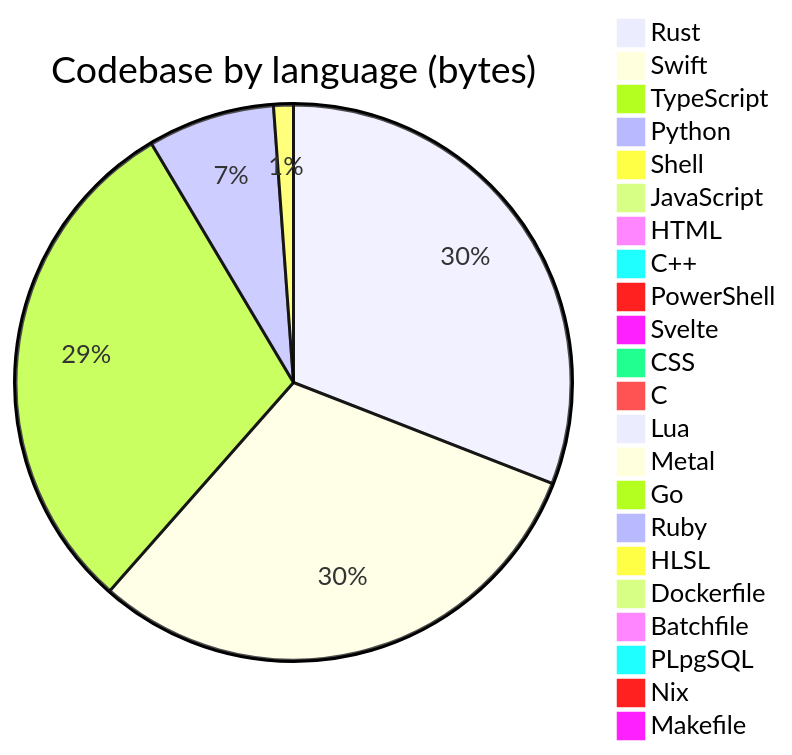
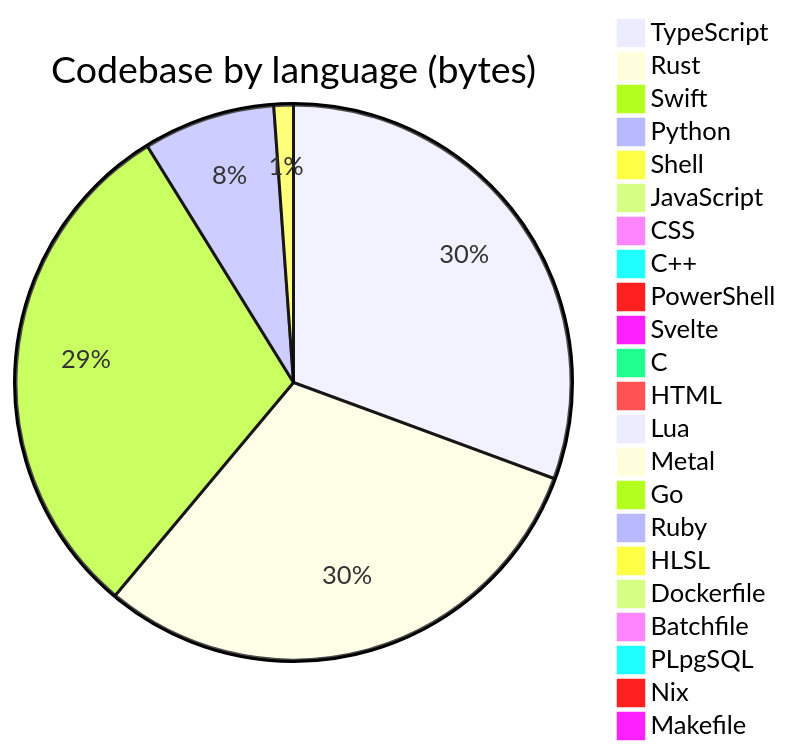
Before and after one commit to Open330/.github: the diagram in profile/README.md, drawn with Mermaid. The commit also changed other lines of this file and 1 other file, not shown here.

````diff
--- a/profile/README.md
+++ b/profile/README.md
@@ -139,25 +139,25 @@
 ```mermaid
 pie title Codebase by language (bytes)
-    "Rust" : 38640744
-    "Swift" : 38203411
-    "TypeScript" : 37438786
-    "Python" : 9227416
-    "Shell" : 1439390
-    "JavaScript" : 782408
-    "HTML" : 402511
+    "TypeScript" : 38876295
+    "Rust" : 38686400
+    "Swift" : 38209898
+    "Python" : 9743273
+    "Shell" : 1444189
+    "JavaScript" : 753214
+    "CSS" : 448652
     "C++" : 388775
     "PowerShell" : 333788
     "Svelte" : 275766
-    "CSS" : 271192
     "C" : 197825
+    "HTML" : 161390
     "Lua" : 48814
     "Metal" : 33192
     "Go" : 22811
     "Ruby" : 8992
     "HLSL" : 7527
     "Dockerfile" : 7454
     "Batchfile" : 5660
     "PLpgSQL" : 4339
     "Nix" : 3168
     "Makefile" : 1692
 ```
````
